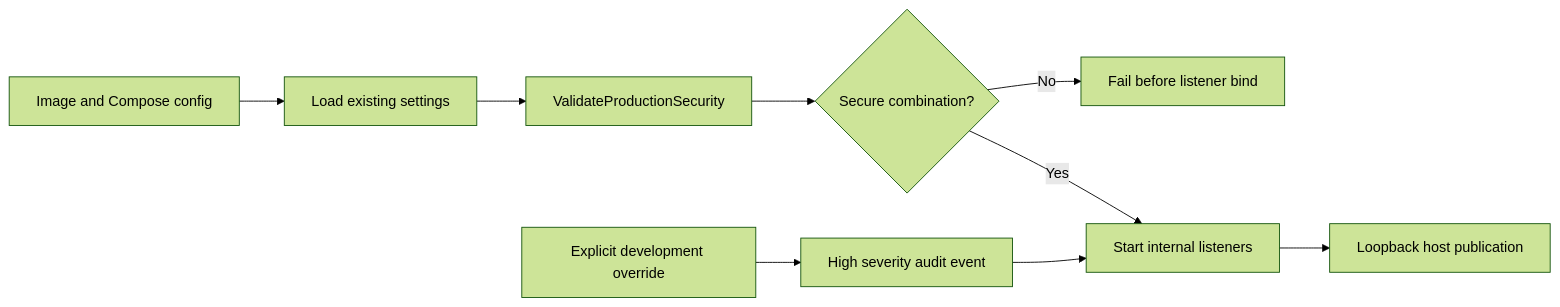
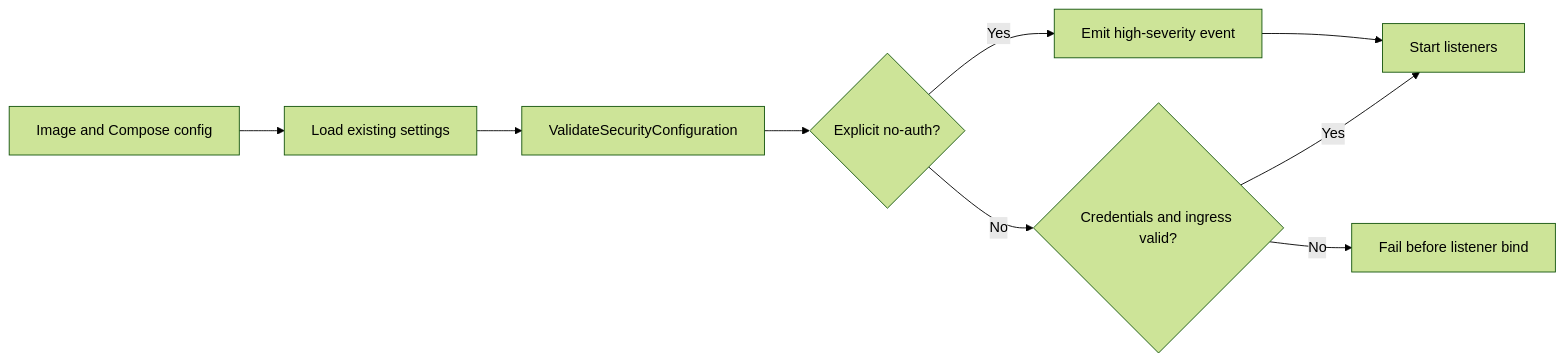
Before and after one commit to orneryd/NornicDB: the sixth of 7 diagrams in docs/plans/nornicdb-isolation-security-capacity-remediation-plan.md, drawn with Mermaid (forest theme). The commit also changed other lines of this file and 18 other files, not shown here.

````diff
--- a/docs/plans/nornicdb-isolation-security-capacity-remediation-plan.md
+++ b/docs/plans/nornicdb-isolation-security-capacity-remediation-plan.md
@@ -746,11 +751,11 @@
 ```mermaid
 flowchart LR
    A[Image and Compose config] --> B[Load existing settings]
-   B --> C[ValidateProductionSecurity]
-   C --> D{Secure combination?}
-   D -- No --> E[Fail before listener bind]
-   D -- Yes --> F[Start internal listeners]
-   F --> G[Loopback host publication]
-   H[Explicit development override] --> I[High severity audit event]
-   I --> F
+   B --> C[ValidateSecurityConfiguration]
+   C --> D{Explicit no-auth?}
+   D -- Yes --> E[Emit high-severity event]
+   E --> F[Start listeners]
+   D -- No --> G{Credentials and ingress valid?}
+   G -- No --> H[Fail before listener bind]
+   G -- Yes --> F
 ```
````
